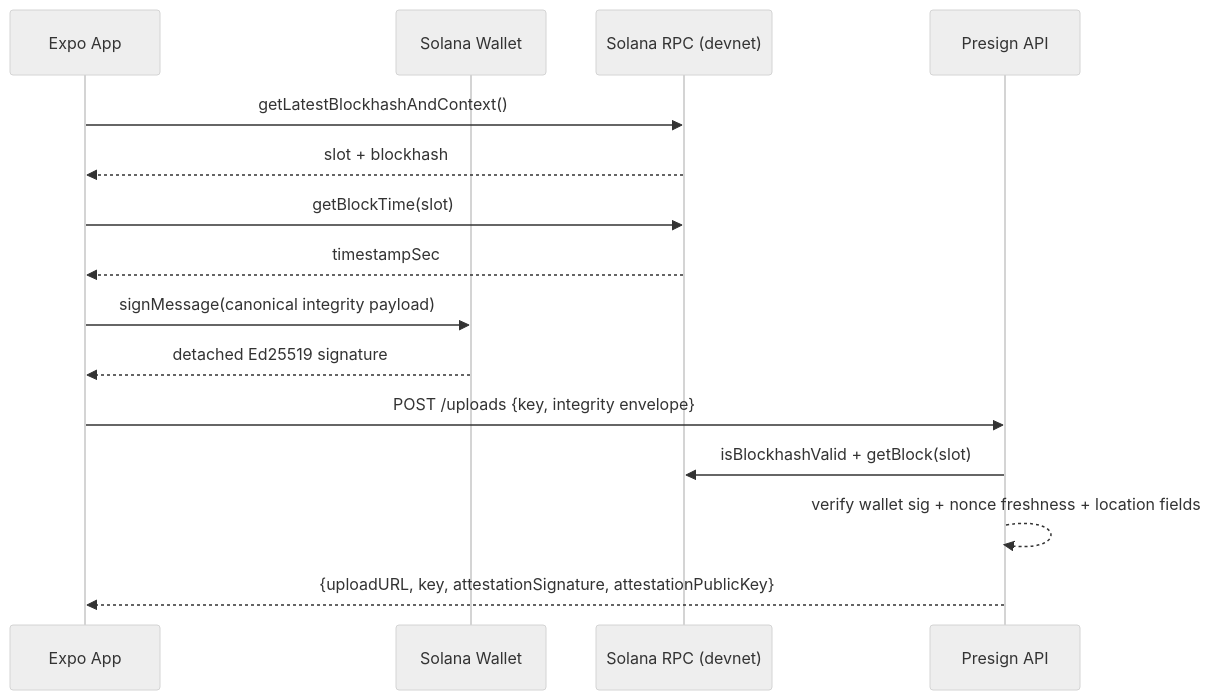
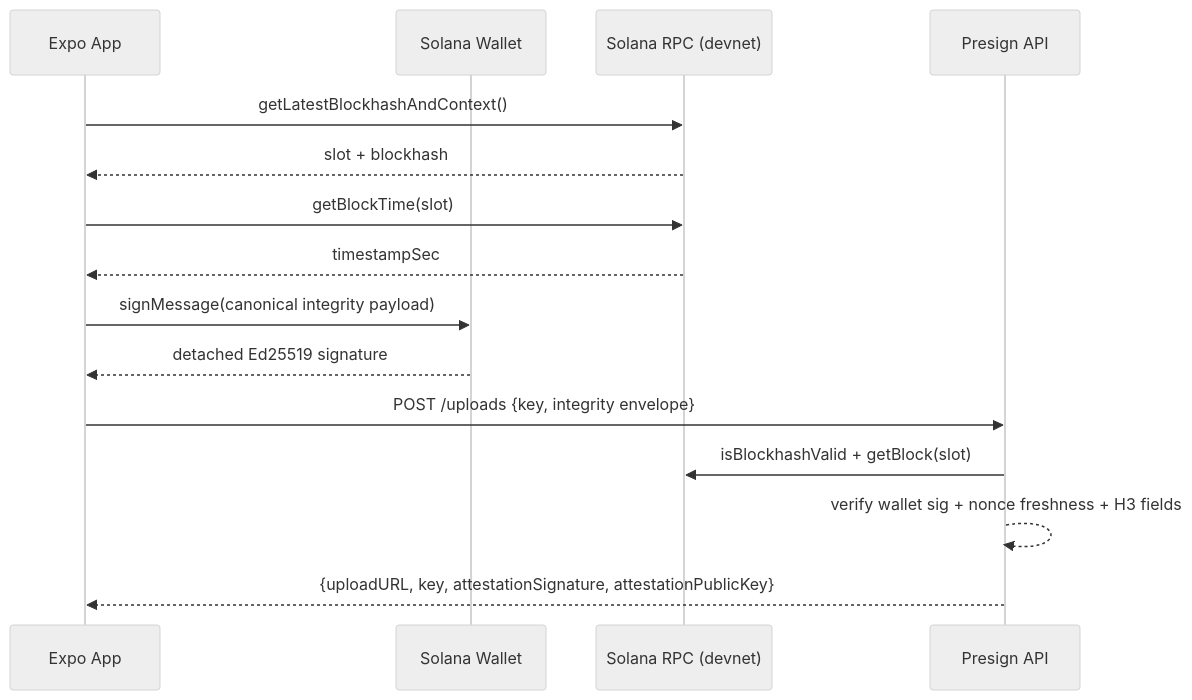
Before and after one commit to endcorp-hq/photo-verifier: the first of 3 diagrams in docs/ARCHITECTURE.md, drawn with Mermaid (neutral theme). The commit also changed other lines of this file and 51 other files, not shown here.

````diff
--- a/docs/ARCHITECTURE.md
+++ b/docs/ARCHITECTURE.md
@@ -34,18 +34,18 @@
 ```mermaid
 sequenceDiagram
     participant App as Expo App
     participant Wallet as Solana Wallet
     participant RPC as Solana RPC (devnet)
     participant API as Presign API
 
     App->>RPC: getLatestBlockhashAndContext()
     RPC-->>App: slot + blockhash
     App->>RPC: getBlockTime(slot)
     RPC-->>App: timestampSec
     App->>Wallet: signMessage(canonical integrity payload)
     Wallet-->>App: detached Ed25519 signature
     App->>API: POST /uploads {key, integrity envelope}
     API->>RPC: isBlockhashValid + getBlock(slot)
-    API-->>API: verify wallet sig + nonce freshness + location fields
+    API-->>API: verify wallet sig + nonce freshness + H3 fields
     API-->>App: {uploadURL, key, attestationSignature, attestationPublicKey}
 ```
````
